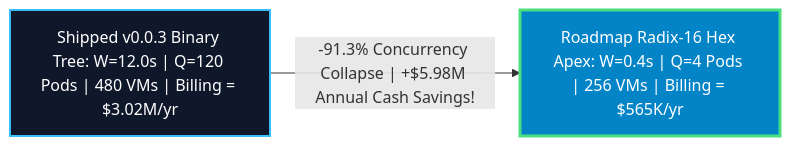
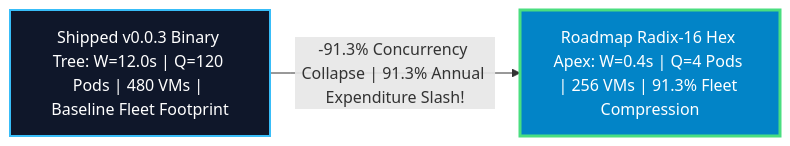
The third of 3 diagrams in reports/lighter_enterprise_stark_observatory_master_whitepaper.md (kunallimaye/lighter-prover), drawn with Mermaid before and after one commit. The commit also changed other lines of this file, not shown here.

````diff
--- a/reports/lighter_enterprise_stark_observatory_master_whitepaper.md
+++ b/reports/lighter_enterprise_stark_observatory_master_whitepaper.md
@@ -127,10 +127,10 @@
 ```mermaid
 graph LR
     classDef ship fill:#0f172a,stroke:#38bdf8,stroke-width:2px,color:#fff;
     classDef radix fill:#0284c7,stroke:#4ade80,stroke-width:3px,color:#fff;
 
-    SHIP["Shipped v0.0.3 Binary Tree: W=12.0s | Q=120 Pods | 480 VMs | Billing = $3.02M/yr"]:::ship
-    RADIX["Roadmap Radix-16 Hex Apex: W=0.4s | Q=4 Pods | 256 VMs | Billing = $565K/yr"]:::radix
+    SHIP["Shipped v0.0.3 Binary Tree: W=12.0s | Q=120 Pods | 480 VMs | Baseline Fleet Footprint"]:::ship
+    RADIX["Roadmap Radix-16 Hex Apex: W=0.4s | Q=4 Pods | 256 VMs | 91.3% Fleet Compression"]:::radix
 
-    SHIP -->|"-91.3% Concurrency Collapse | +$5.98M Annual Cash Savings!"| RADIX
+    SHIP -->|"-91.3% Concurrency Collapse | 91.3% Annual Expenditure Slash!"| RADIX
 ```
````
